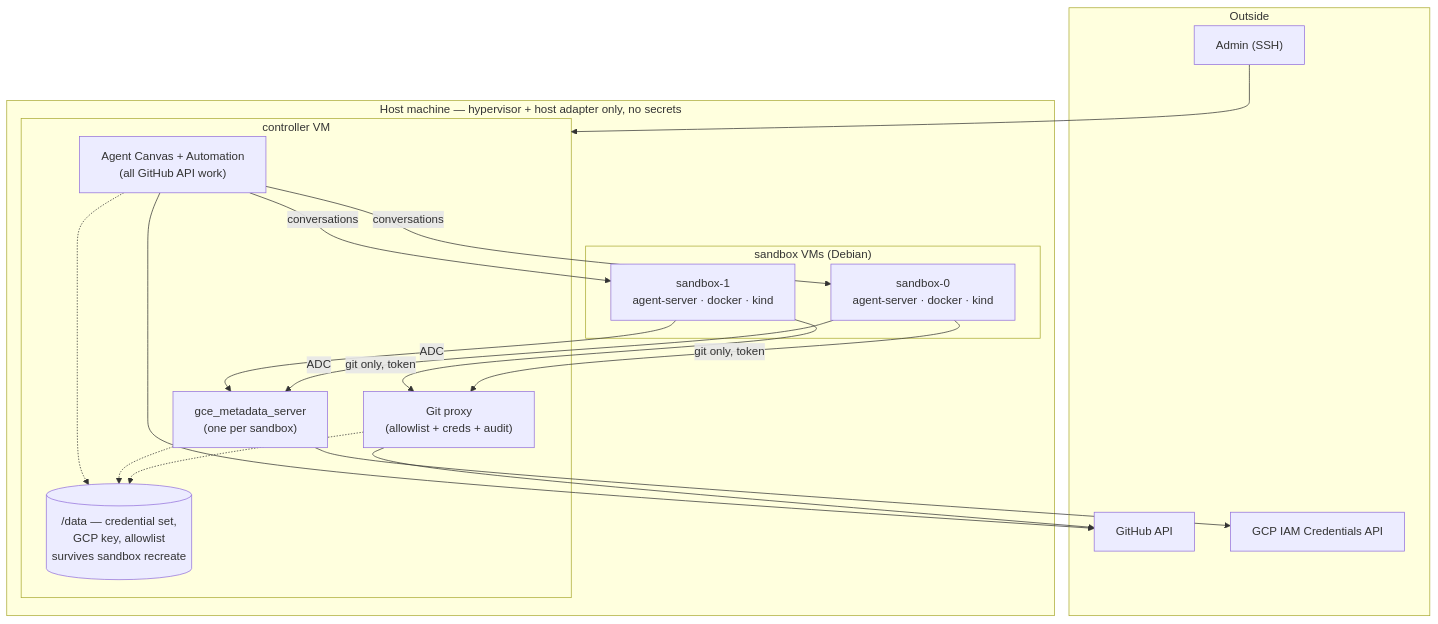
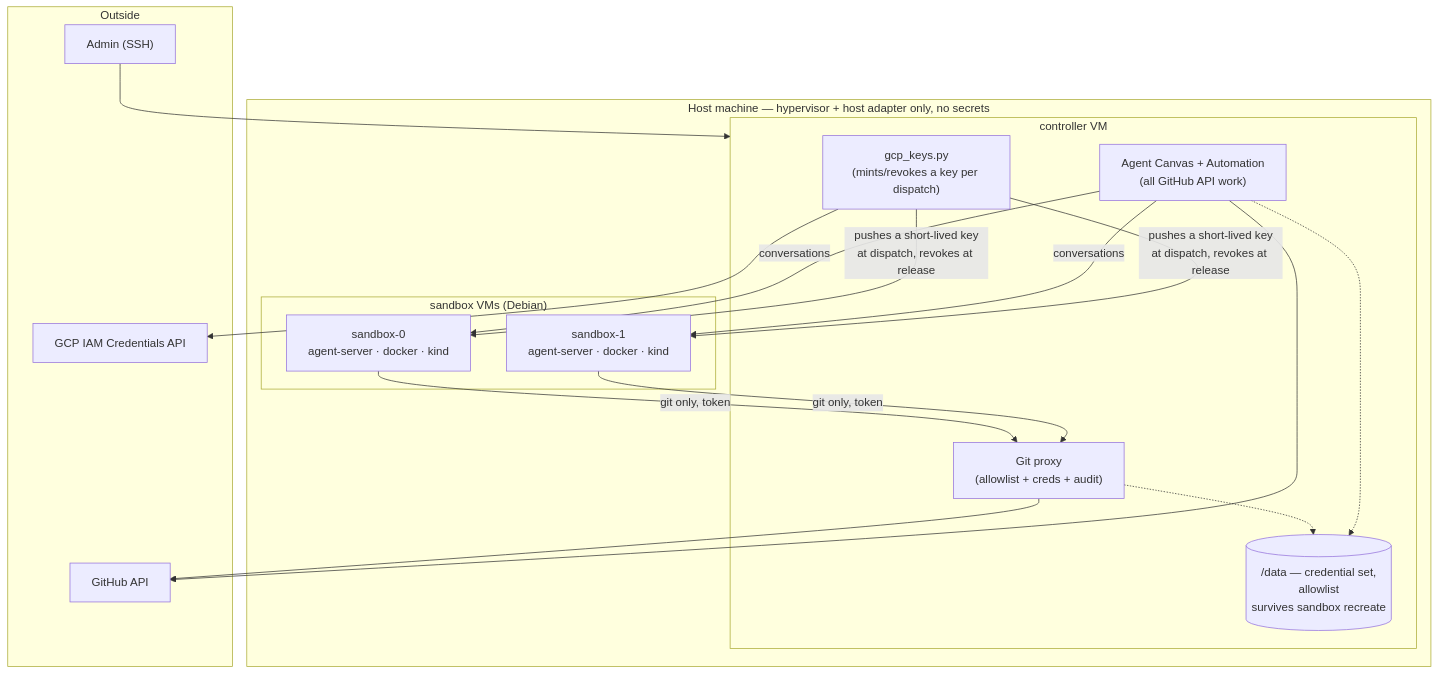
The diagram in docs/design.md (bwsalmon/grain), drawn with Mermaid before and after one commit. The commit also changed other lines of this file and 44 other files, not shown here.

````diff
--- a/docs/design.md
+++ b/docs/design.md
@@ -75,37 +75,36 @@
 ```mermaid
 flowchart TB
     subgraph outside["Outside"]
         gh["GitHub API"]
         gcp["GCP IAM Credentials API"]
         admin["Admin (SSH)"]
     end
 
     subgraph host["Host machine — hypervisor + host adapter only, no secrets"]
         subgraph ctl["controller VM"]
             canvas["Agent Canvas + Automation<br/>(all GitHub API work)"]
             proxy["Git proxy<br/>(allowlist + creds + audit)"]
-            mds["gce_metadata_server<br/>(one per sandbox)"]
-            data[("/data — credential set,<br/>GCP key, allowlist<br/>survives sandbox recreate")]
+            gcpk["gcp_keys.py<br/>(mints/revokes a key per dispatch)"]
+            data[("/data — credential set,<br/>allowlist<br/>survives sandbox recreate")]
         end
 
         subgraph sbs["sandbox VMs (Debian)"]
             sb0["sandbox-0<br/>agent-server · docker · kind"]
             sb1["sandbox-1<br/>agent-server · docker · kind"]
         end
     end
 
     admin --> ctl
     canvas -->|"conversations"| sb0
     canvas -->|"conversations"| sb1
     sb0 -->|"git only, token"| proxy
     sb1 -->|"git only, token"| proxy
-    sb0 -->|"ADC"| mds
-    sb1 -->|"ADC"| mds
+    gcpk -->|"pushes a short-lived key<br/>at dispatch, revokes at release"| sb0
+    gcpk -->|"pushes a short-lived key<br/>at dispatch, revokes at release"| sb1
 
     proxy --> gh
     canvas --> gh
-    mds --> gcp
+    gcpk --> gcp
     proxy -.-> data
-    mds -.-> data
     canvas -.-> data
 ```
````
